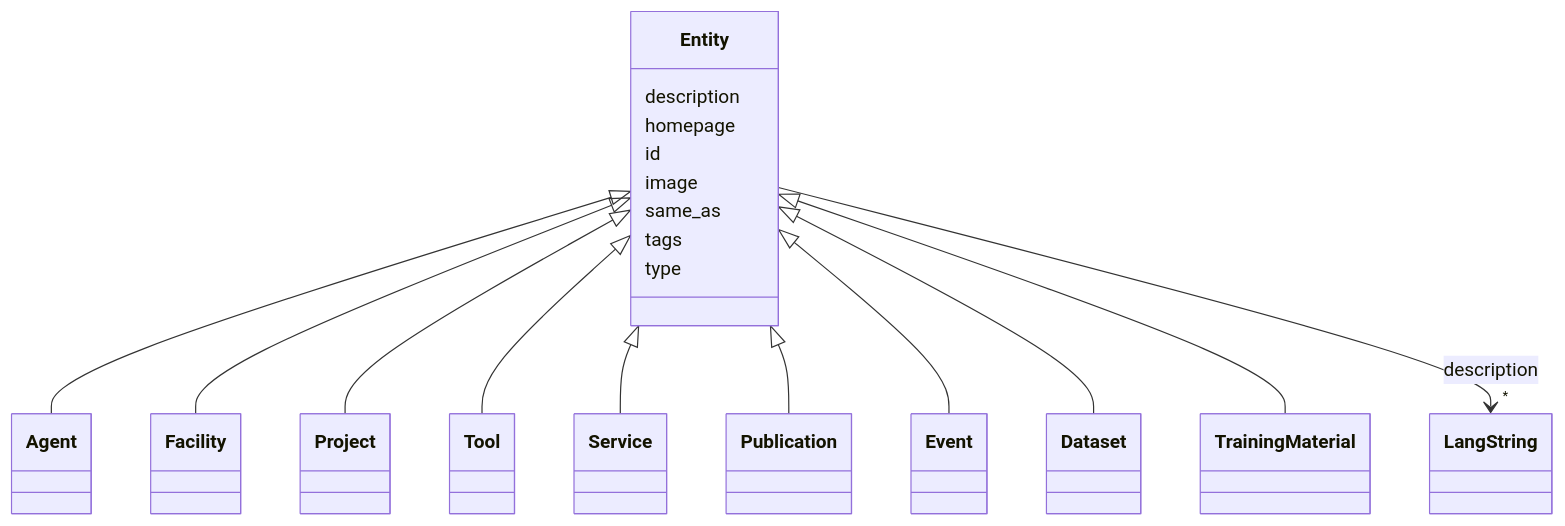
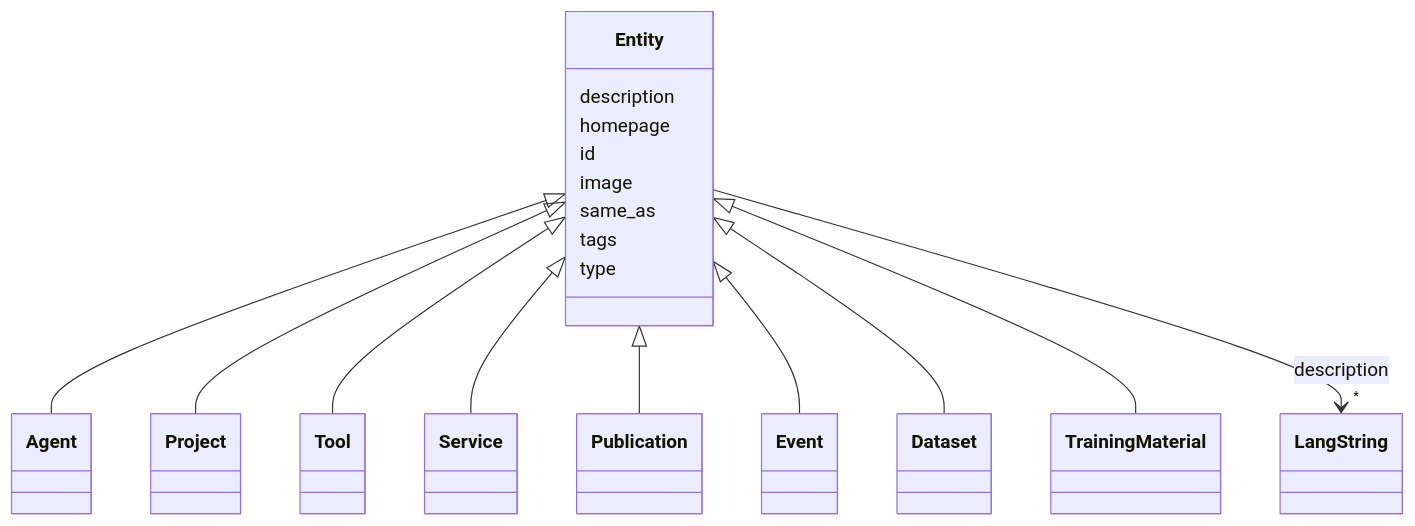
Before and after one commit to DARIAH-IL/idhi-manifests: the diagram in docs/classes/Entity.md, drawn with Mermaid. The commit also changed other lines of this file and 60 other files, not shown here.

````diff
--- a/docs/classes/Entity.md
+++ b/docs/classes/Entity.md
@@ -24,52 +24,50 @@
 ```mermaid
  classDiagram
     class Entity
       
 
       Entity <|-- Agent
         click Agent href "../../classes/Agent/"
-      Entity <|-- Facility
-        click Facility href "../../classes/Facility/"
       Entity <|-- Project
         click Project href "../../classes/Project/"
       Entity <|-- Tool
         click Tool href "../../classes/Tool/"
       Entity <|-- Service
         click Service href "../../classes/Service/"
       Entity <|-- Publication
         click Publication href "../../classes/Publication/"
       Entity <|-- Event
         click Event href "../../classes/Event/"
       Entity <|-- Dataset
         click Dataset href "../../classes/Dataset/"
       Entity <|-- TrainingMaterial
         click TrainingMaterial href "../../classes/TrainingMaterial/"
       
 
       Entity : description
         
           
     
         
         
         Entity --> "*" LangString : description
         
         click LangString href "../../classes/LangString/"
         
     
 
         
       Entity : homepage
         
       Entity : id
         
       Entity : image
         
       Entity : same_as
         
       Entity : tags
         
       Entity : type
         
       
 ```
````
